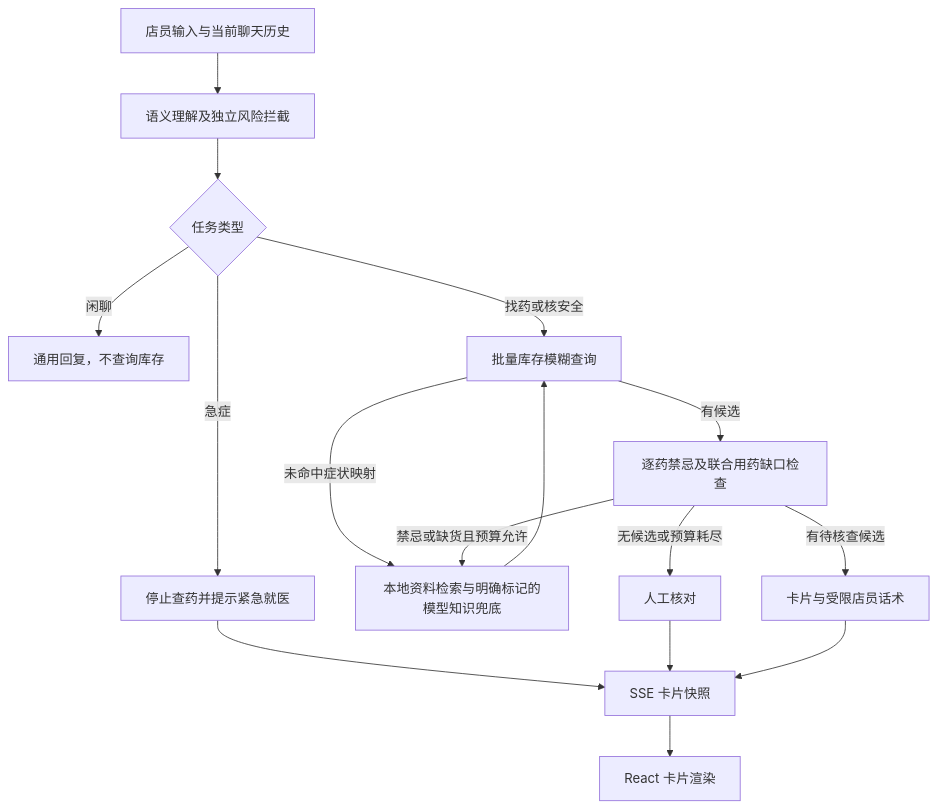
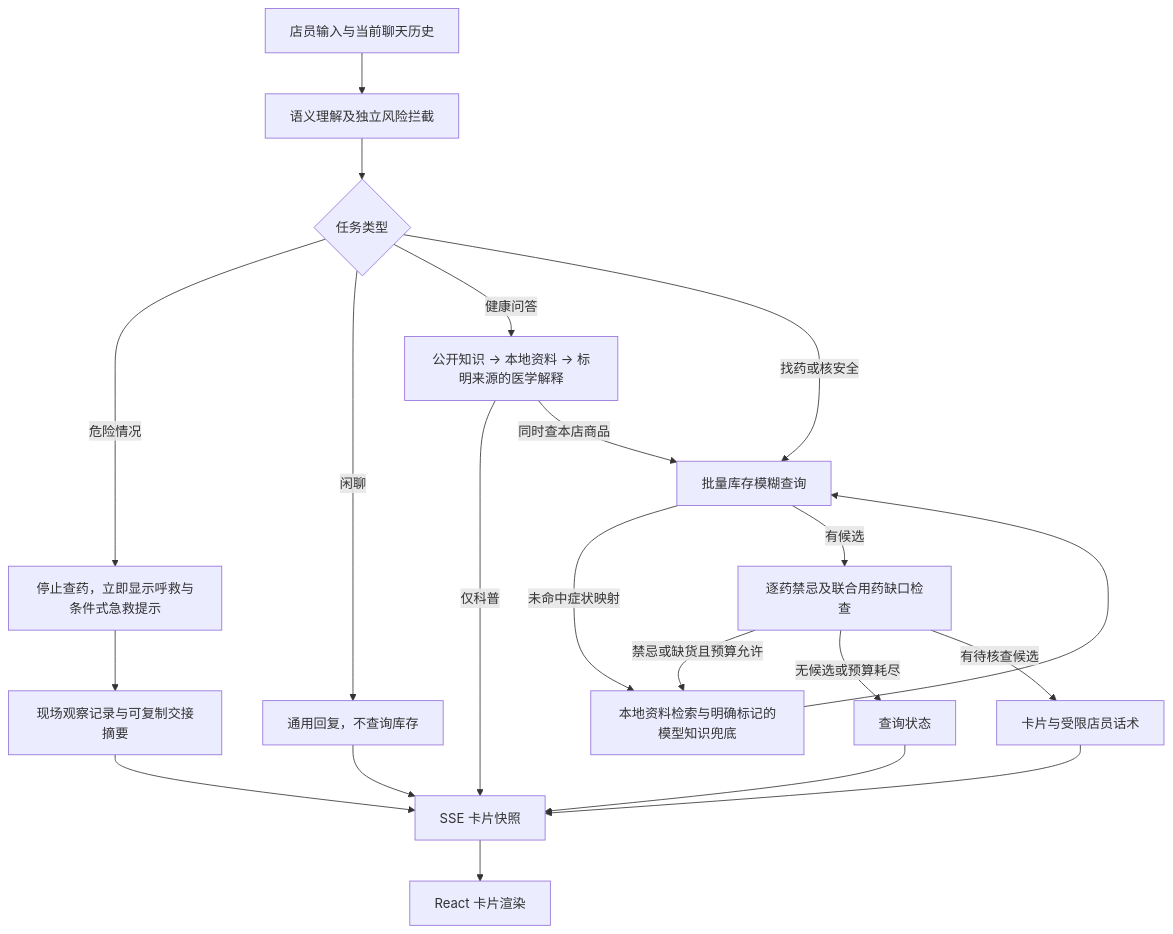
Before and after one commit to Dengzi555/meditouch-agent: the diagram in README.md, drawn with Mermaid. The commit also changed other lines of this file and 117 other files, not shown here.

````diff
--- a/README.md
+++ b/README.md
@@ -36,18 +71,23 @@
 ```mermaid
 flowchart TD
     A[店员输入与当前聊天历史] --> B[语义理解及独立风险拦截]
     B --> C{任务类型}
-    C -->|急症| D[停止查药并提示紧急就医]
+    C -->|危险情况| D[停止查药，立即显示呼救与条件式急救提示]
     C -->|闲聊| E[通用回复，不查询库存]
+    E --> K
+    C -->|健康问答| M[公开知识 → 本地资料 → 标明来源的医学解释]
+    M -->|仅科普| K[SSE 卡片快照]
+    M -->|同时查本店商品| F
     C -->|找药或核安全| F[批量库存模糊查询]
     F -->|未命中症状映射| G[本地资料检索与明确标记的模型知识兜底]
     G --> F
     F -->|有候选| H[逐药禁忌及联合用药缺口检查]
     H -->|禁忌或缺货且预算允许| G
-    H -->|无候选或预算耗尽| I[人工核对]
+    H -->|无候选或预算耗尽| I[查询状态]
     H -->|有待核查候选| J[卡片与受限店员话术]
-    D --> K[SSE 卡片快照]
+    D --> N[现场观察记录与可复制交接摘要]
+    N --> K[SSE 卡片快照]
     I --> K
     J --> K
     K --> L[React 卡片渲染]
 ```
````
